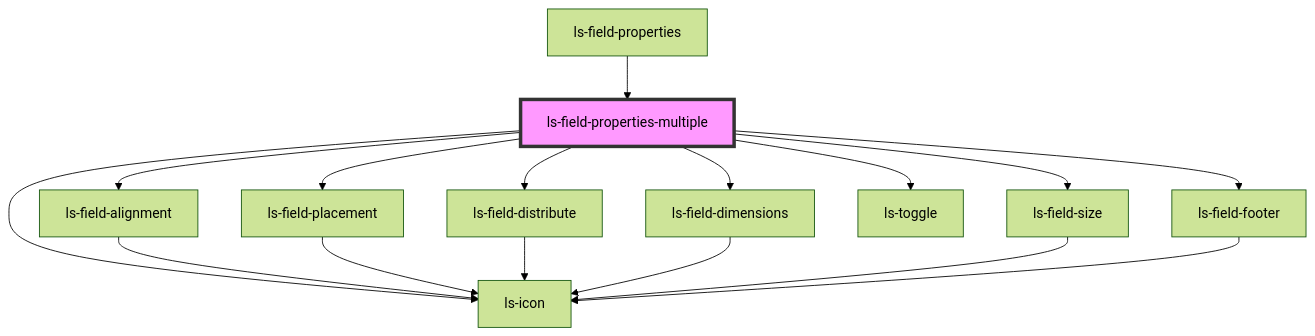
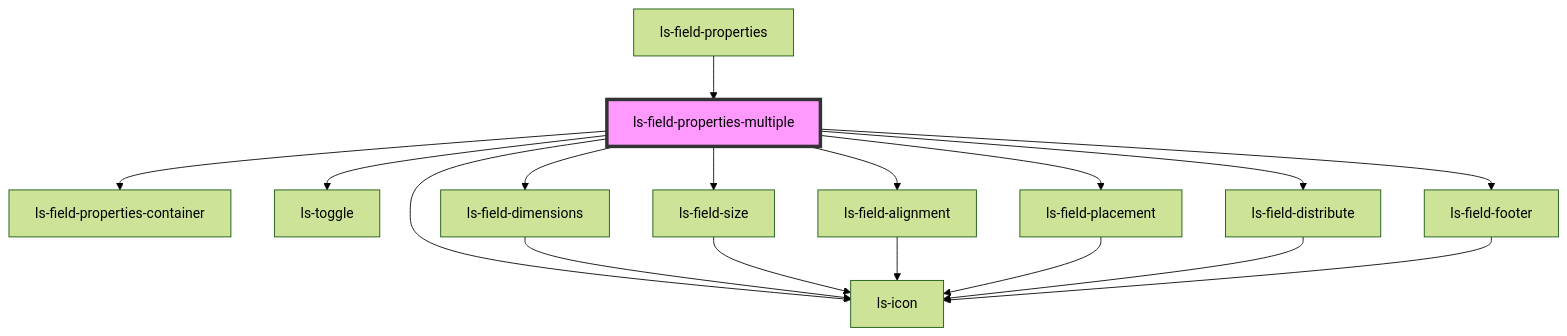
Before and after one commit to legalesign/ls-document-viewer: the diagram in src/components/ls-field-properties-multiple/readme.md, drawn with Mermaid (forest theme). The commit also changed other lines of this file and 16 other files, not shown here.

````diff
--- a/src/components/ls-field-properties-multiple/readme.md
+++ b/src/components/ls-field-properties-multiple/readme.md
@@ -34,19 +34,20 @@
 ```mermaid
 graph TD;
+  ls-field-properties-multiple --> ls-field-properties-container
+  ls-field-properties-multiple --> ls-icon
+  ls-field-properties-multiple --> ls-toggle
+  ls-field-properties-multiple --> ls-field-dimensions
+  ls-field-properties-multiple --> ls-field-size
   ls-field-properties-multiple --> ls-field-alignment
   ls-field-properties-multiple --> ls-field-placement
   ls-field-properties-multiple --> ls-field-distribute
-  ls-field-properties-multiple --> ls-field-dimensions
-  ls-field-properties-multiple --> ls-field-size
-  ls-field-properties-multiple --> ls-icon
-  ls-field-properties-multiple --> ls-toggle
   ls-field-properties-multiple --> ls-field-footer
+  ls-field-dimensions --> ls-icon
+  ls-field-size --> ls-icon
   ls-field-alignment --> ls-icon
   ls-field-placement --> ls-icon
   ls-field-distribute --> ls-icon
-  ls-field-dimensions --> ls-icon
-  ls-field-size --> ls-icon
   ls-field-footer --> ls-icon
   ls-field-properties --> ls-field-properties-multiple
   style ls-field-properties-multiple fill:#f9f,stroke:#333,stroke-width:4px
 ```
````
